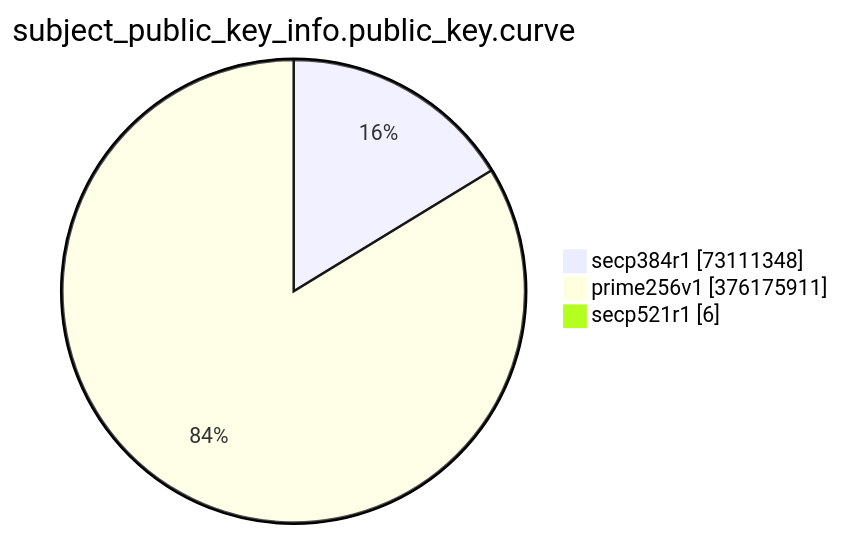
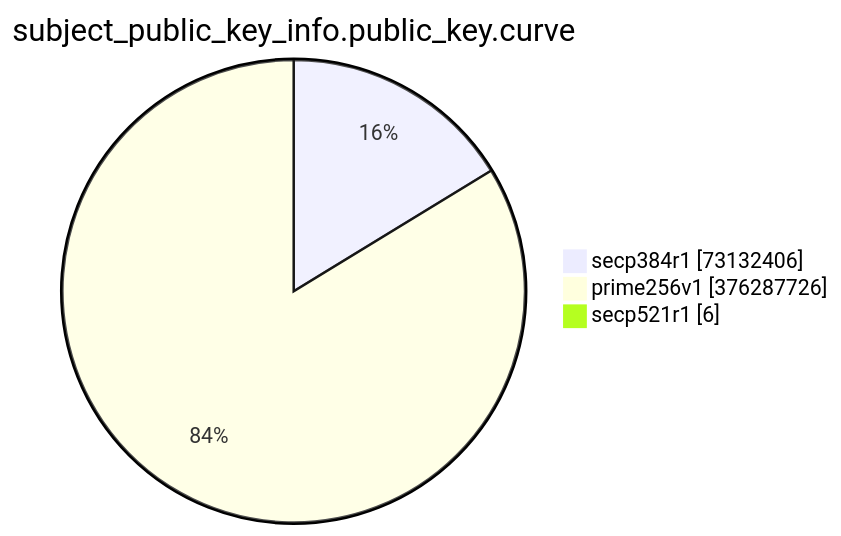
Before and after one commit to christiankrug/ctmonitor_visualization: the eighth of 15 diagrams in TOTAL/README.md, drawn with Mermaid. The commit also changed other lines of this file, not shown here.

````diff
--- a/TOTAL/README.md
+++ b/TOTAL/README.md
@@ -3094,7 +3094,7 @@
 ```mermaid
 pie showData
 title subject_public_key_info.public_key.curve
-"secp384r1" :73111348
-"prime256v1" :376175911
+"secp384r1" :73132406
+"prime256v1" :376287726
 "secp521r1" :6
 ```
````
